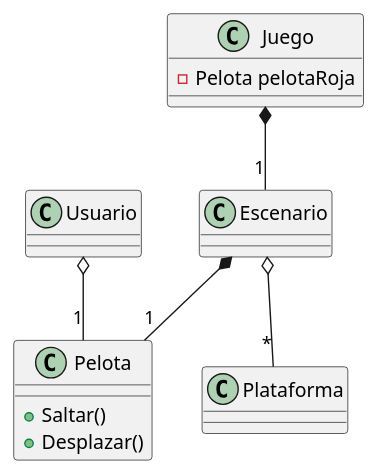
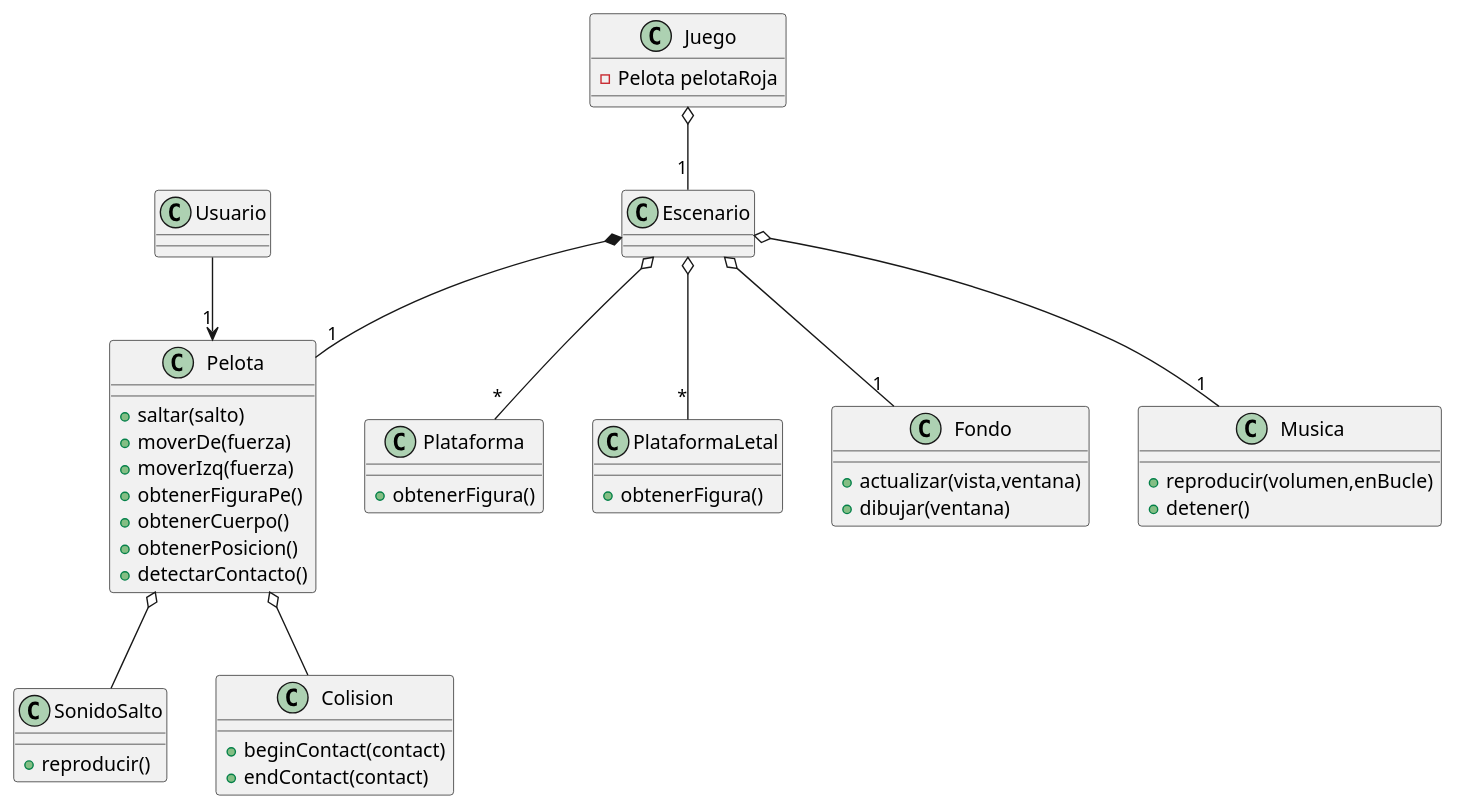
One commit to Ray24-blip/Juego-Aldito changed the diagram in docs/diagrama.puml. Above: the diagram before and after it, drawn with PlantUML. The commit also changed 5 other files, not shown here.

Commit message:
DiagramaYCorreccionNombres

```diff
--- a/docs/diagrama.puml
+++ b/docs/diagrama.puml
@@ -1,19 +1,52 @@
 @startuml Pelota
 
 
 class Usuario
 class Pelota{
-    +Saltar()
-    +Desplazar()
+    +saltar(salto)
+    +moverDe(fuerza)
+    +moverIzq(fuerza)
+    +obtenerFiguraPe()
+    +obtenerCuerpo()
+    +obtenerPosicion()
+    +detectarContacto()
 }
 class Juego{
 -Pelota pelotaRoja    
 }
 class Escenario
-class Plataforma
+class Plataforma{
+    +obtenerFigura()
 
-Juego *-- "1"Escenario
+}
+class PlataformaLetal{
+    +obtenerFigura()
+
+}
+class Fondo{
+    +actualizar(vista,ventana)
+    +dibujar(ventana)
+}
+class Musica{
+    +reproducir(volumen,enBucle)
+    +detener()
+}
+class SonidoSalto{
+    +reproducir()
+}
+class Colision{
+    +beginContact(contact)
+    +endContact(contact)
+}
+
+
+Juego o-- "1"Escenario
 Escenario *-- "1"Pelota
-Usuario o-- "1"Pelota
+Usuario --> "1"Pelota
 Escenario o-- "*"Plataforma
+Escenario o-- "*"PlataformaLetal
+Escenario o-- "1"Musica
+Pelota o-- SonidoSalto
+Pelota o-- Colision
+Escenario o-- "1"Fondo
 @enduml
```
